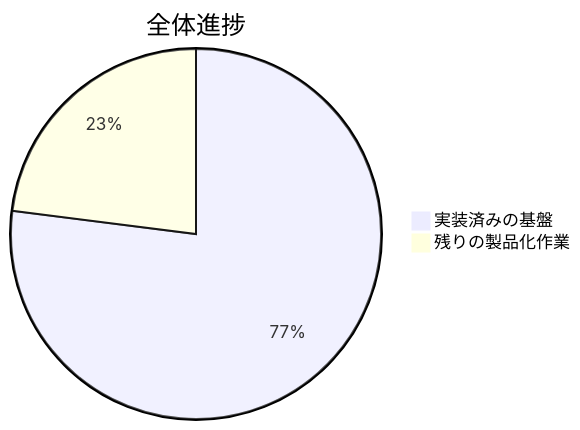
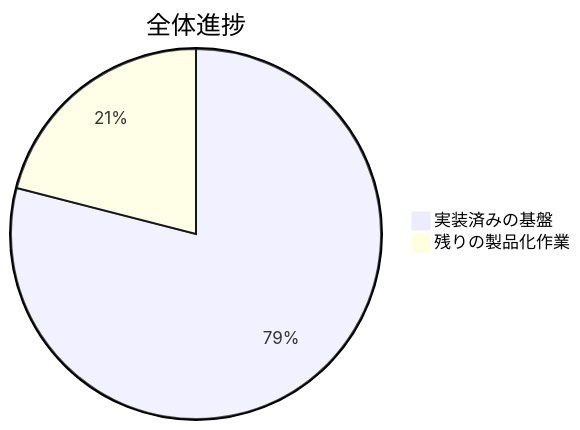
The first of 5 diagrams in README.ja.md (lingmulongtai/GlyphRay), drawn with Mermaid before and after one commit. The commit also changed other lines of this file and 12 other files, not shown here.

````diff
--- a/README.ja.md
+++ b/README.ja.md
@@ -15,5 +15,5 @@
 ```mermaid
 pie title 全体進捗
-  "実装済みの基盤" : 77
-  "残りの製品化作業" : 23
+  "実装済みの基盤" : 79
+  "残りの製品化作業" : 21
 ```
````
